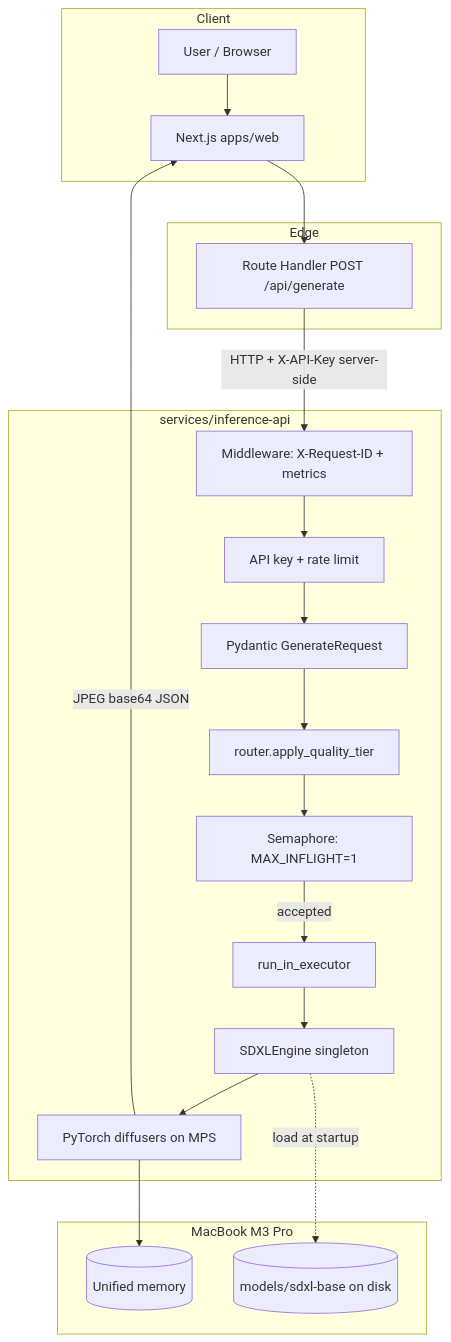
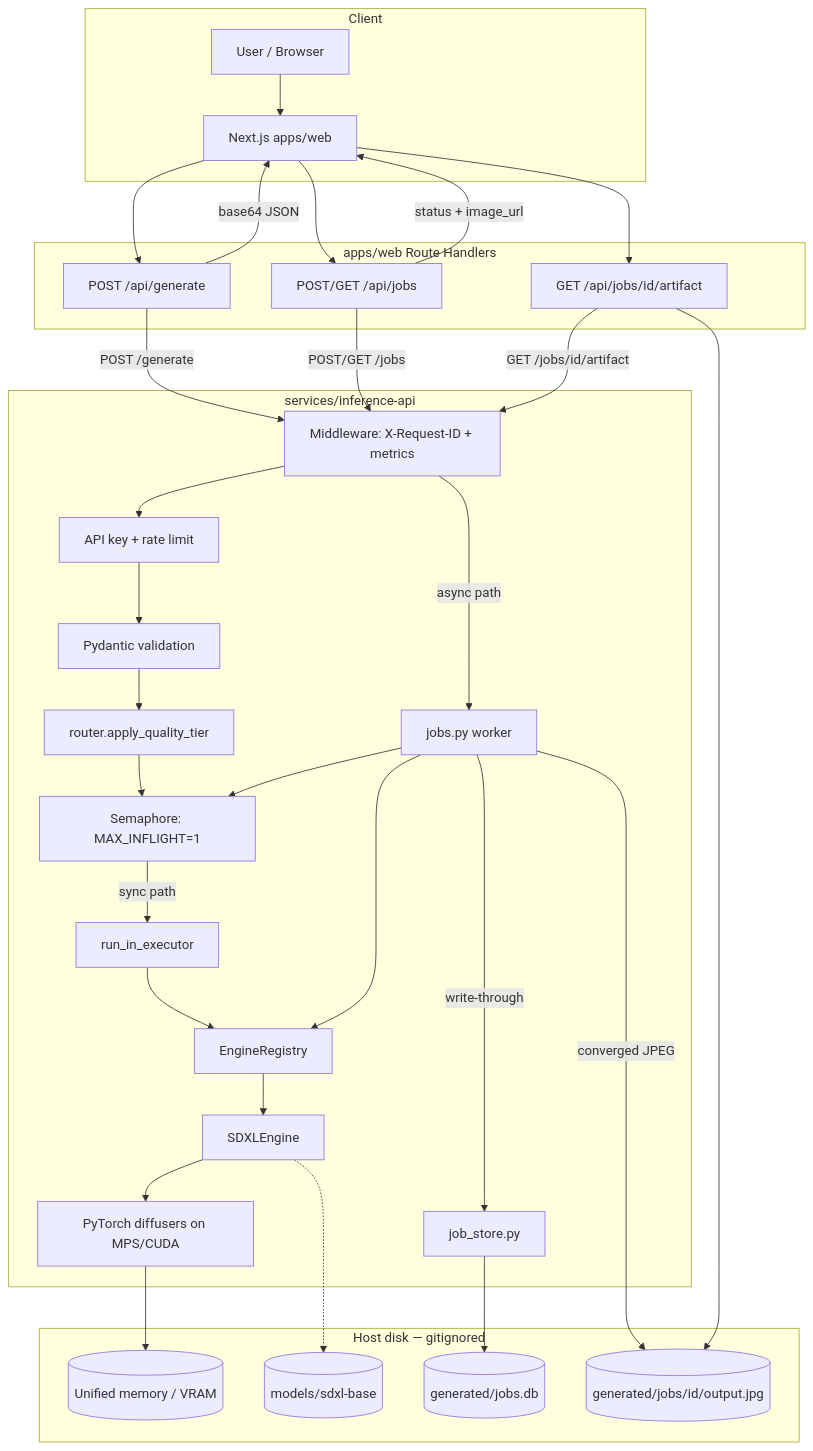
The fourth of 6 diagrams in ARCHITECTURE.md (kirank93611/vid-gen-sdxl-pipe), drawn with Mermaid before and after one commit. The commit also changed other lines of this file and 62 other files, not shown here.

````diff
--- a/ARCHITECTURE.md
+++ b/ARCHITECTURE.md
@@ -313,37 +367,56 @@
 ```mermaid
 flowchart TB
     subgraph Client
         U[User / Browser]
         WEB[Next.js apps/web]
     end
 
-    subgraph Edge
-        RH[Route Handler POST /api/generate]
+    subgraph Edge["apps/web Route Handlers"]
+        RH[POST /api/generate]
+        RJ[POST/GET /api/jobs]
+        RA[GET /api/jobs/id/artifact]
     end
 
     subgraph Inference["services/inference-api"]
         MW[Middleware: X-Request-ID + metrics]
         AUTH[API key + rate limit]
-        VAL[Pydantic GenerateRequest]
+        VAL[Pydantic validation]
         RT[router.apply_quality_tier]
         BP[Semaphore: MAX_INFLIGHT=1]
         EX[run_in_executor]
-        ENG[SDXLEngine singleton]
-        MPS[PyTorch diffusers on MPS]
+        JOBS[jobs.py worker]
+        STORE[job_store.py]
+        REG[EngineRegistry]
+        ENG[SDXLEngine]
+        MPS[PyTorch diffusers on MPS/CUDA]
     end
 
-    subgraph Local["MacBook M3 Pro"]
-        RAM[(Unified memory)]
-        WEIGHTS[(models/sdxl-base on disk)]
+    subgraph Local["Host disk — gitignored"]
+        RAM[(Unified memory / VRAM)]
+        WEIGHTS[(models/sdxl-base)]
+        JDB[(generated/jobs.db)]
+        JIMG[(generated/jobs/id/output.jpg)]
     end
 
     U --> WEB
     WEB --> RH
-    RH -->|HTTP + X-API-Key server-side| MW
+    WEB --> RJ
+    WEB --> RA
+    RH -->|POST /generate| MW
+    RJ -->|POST/GET /jobs| MW
+    RA -->|GET /jobs/id/artifact| MW
     MW --> AUTH --> VAL --> RT --> BP
-    BP -->|accepted| EX --> ENG
+    BP -->|sync path| EX --> REG --> ENG
+    MW -->|async path| JOBS
+    JOBS --> BP
+    JOBS --> REG
+    JOBS -->|write-through| STORE
+    STORE --> JDB
+    JOBS -->|converged JPEG| JIMG
+    RA --> JIMG
     ENG --> MPS
     MPS --> RAM
-    ENG -.->|load at startup| WEIGHTS
-    MPS -->|JPEG base64 JSON| WEB
+    ENG -.-> WEIGHTS
+    RH -->|base64 JSON| WEB
+    RJ -->|status + image_url| WEB
 ```
````
